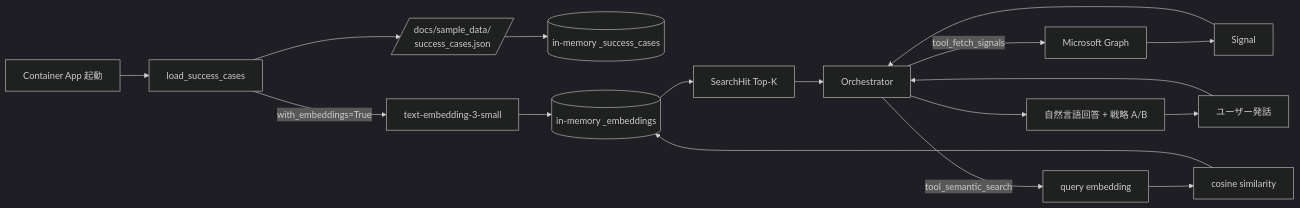
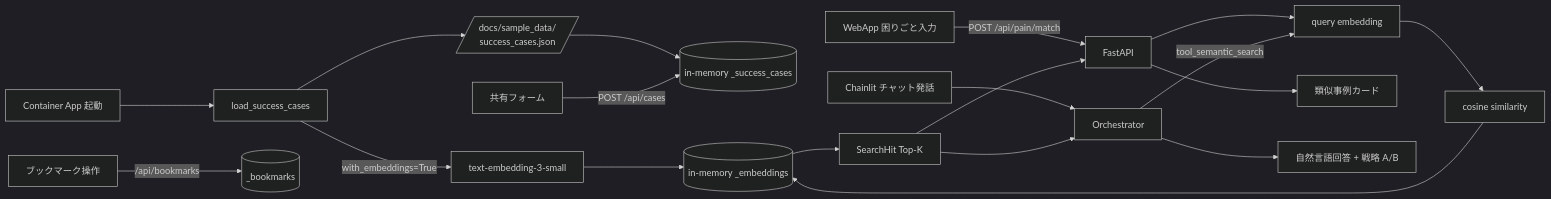
The eighth of 8 diagrams in docs/architecture.md (motoshifurugen/microsoft-agent-hackathon), drawn with Mermaid (dark theme) before and after one commit. The commit also changed other lines of this file and 1 other file, not shown here.

First line of the commit message:
docs: update architecture to post-email-detection design

````diff
--- a/docs/architecture.md
+++ b/docs/architecture.md
@@ -218,22 +291,23 @@
 ```mermaid
 flowchart LR
     Start[Container App 起動] --> Load[load_success_cases]
     Load --> JSON[/docs/sample_data/<br/>success_cases.json/]
     JSON --> Mem1[(in-memory _success_cases)]
     Load -->|with_embeddings=True| Embed[text-embedding-3-small]
     Embed --> Mem2[(in-memory _embeddings)]
 
-    UserMsg[ユーザー発話] --> Orch2[Orchestrator]
-    Orch2 -->|tool_fetch_signals| Graph2[Microsoft Graph]
-    Graph2 --> Signal[Signal]
-    Signal --> Orch2
-
-    Orch2 -->|tool_semantic_search| Embed2[query embedding]
-    Embed2 --> Sim[cosine similarity]
+    WebPain[WebApp 困りごと入力] -->|POST /api/pain/match| API[FastAPI]
+    ChatPain[Chainlit チャット発話] --> Orch2[Orchestrator]
+    API --> QEmbed[query embedding]
+    Orch2 -->|tool_semantic_search| QEmbed
+    QEmbed --> Sim[cosine similarity]
     Sim --> Mem2
     Mem2 --> Hit[SearchHit Top-K]
+    Hit --> API
     Hit --> Orch2
+    API --> Reply1[類似事例カード]
+    Orch2 --> Reply2[自然言語回答 + 戦略 A/B]
 
-    Orch2 --> Reply[自然言語回答 + 戦略 A/B]
-    Reply --> UserMsg
+    ShareForm[共有フォーム] -->|POST /api/cases| Mem1
+    Mark[ブックマーク操作] -->|/api/bookmarks| Mem3[(_bookmarks)]
 ```
````
